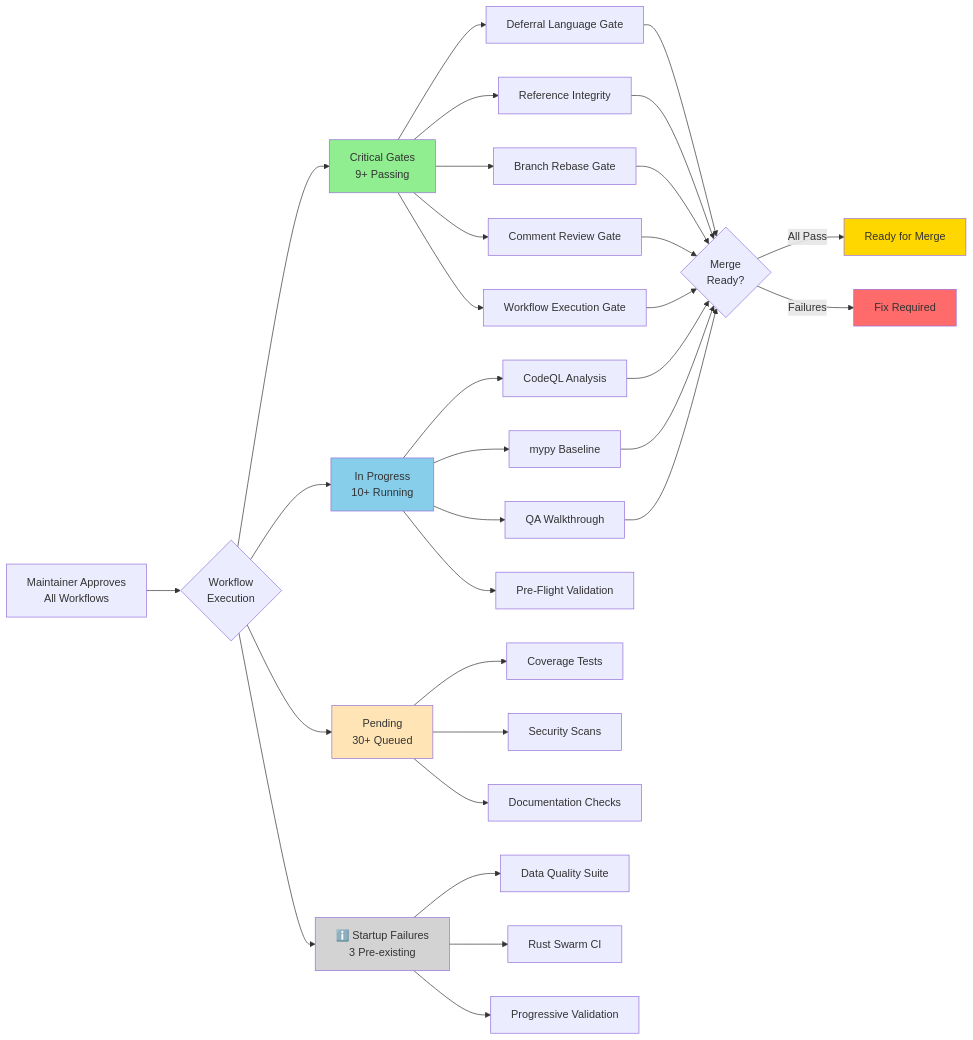
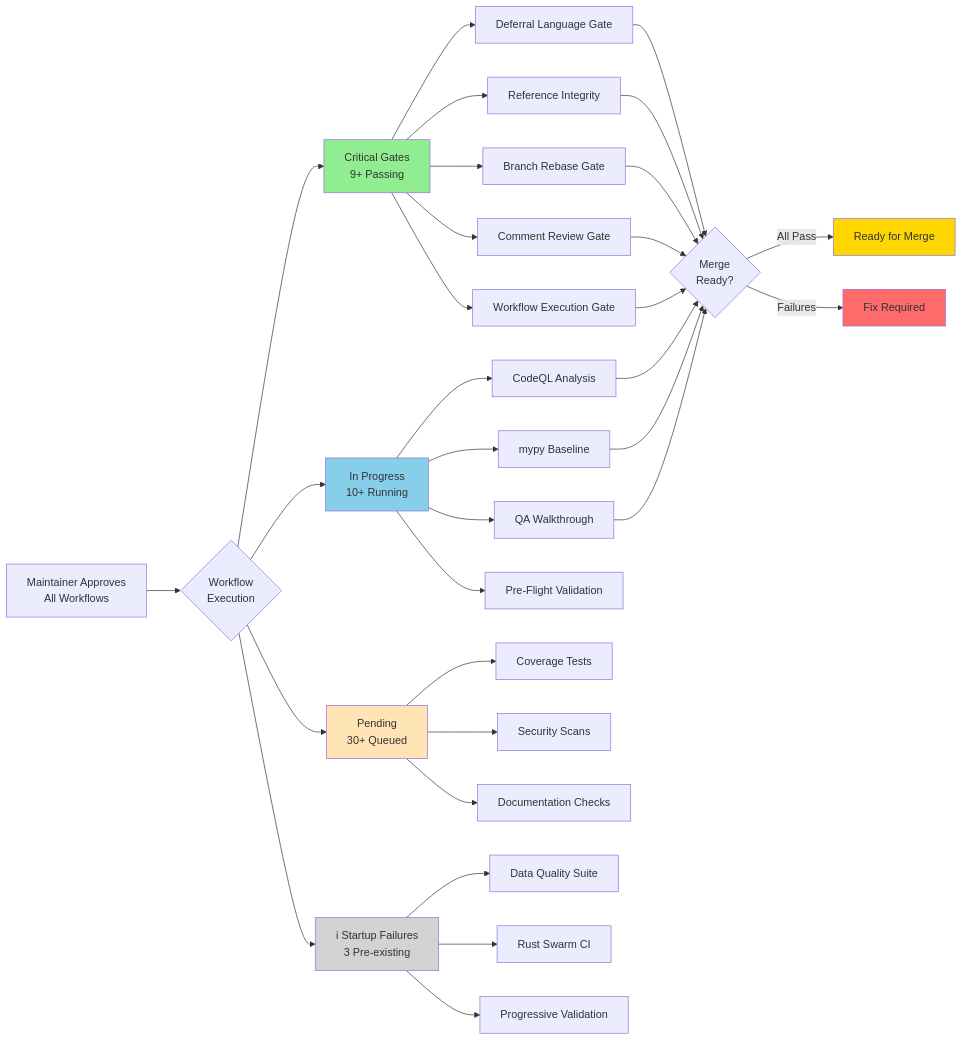
The third of 5 diagrams in docs/sessions/PR4366_session_diagram.md (Aries-Serpent/_codex_), drawn with Mermaid before and after one commit. The commit also changed other lines of this file and 4117 other files, not shown here.

````diff
--- a/docs/sessions/PR4366_session_diagram.md
+++ b/docs/sessions/PR4366_session_diagram.md
@@ -126,49 +149,72 @@
 ```mermaid
-%%{init: {'accessibility': {'title': 'Flowchart showing Maintainer Approves<br/>All Workflows,  Critical Gates<br/>9+ Passing'}}%%
+%%{init: {'accessibility': {'title': 'Flowchart showing Maintainer Approves<br/>All Workflows, Critical Gates<br/>9+ Passing'}}%%
+
 graph LR
-    A[Maintainer Approves<br/>All Workflows] --> B{Workflow<br/>Execution}
 
-    B --> C[ Critical Gates<br/>9+ Passing]
-    B --> D[ In Progress<br/>10+ Running]
-    B --> E[ Pending<br/>30+ Queued]
-    B --> F[ℹ️ Startup Failures<br/>3 Pre-existing]
+ A[Maintainer Approves<br/>All Workflows] --> B{Workflow<br/>Execution}
 
-    C --> G[Deferral Language Gate]
-    C --> H[Reference Integrity]
-    C --> I[Branch Rebase Gate]
-    C --> J[Comment Review Gate]
-    C --> K[Workflow Execution Gate]
+ B --> C[ Critical Gates<br/>9+ Passing]
 
-    D --> L[CodeQL Analysis]
-    D --> M[mypy Baseline]
-    D --> N[QA Walkthrough]
-    D --> O[Pre-Flight Validation]
+ B --> D[ In Progress<br/>10+ Running]
 
-    E --> P[Coverage Tests]
-    E --> Q[Security Scans]
-    E --> R[Documentation Checks]
+ B --> E[ Pending<br/>30+ Queued]
 
-    F --> S[Data Quality Suite]
-    F --> T[Rust Swarm CI]
-    F --> U[Progressive Validation]
+ B --> F[ℹ Startup Failures<br/>3 Pre-existing]
 
-    G --> V{Merge<br/>Ready?}
-    H --> V
-    I --> V
-    J --> V
-    K --> V
+ C --> G[Deferral Language Gate]
 
-    L --> V
-    M --> V
-    N --> V
+ C --> H[Reference Integrity]
 
-    V -->|All Pass| W[ Ready for Merge]
-    V -->|Failures| X[ Fix Required]
+ C --> I[Branch Rebase Gate]
 
-    style C fill:#90EE90
-    style D fill:#87CEEB
-    style E fill:#FFE4B5
-    style F fill:#D3D3D3
-    style W fill:#FFD700
-    style X fill:#FF6B6B
+ C --> J[Comment Review Gate]
+
+ C --> K[Workflow Execution Gate]
+
+ D --> L[CodeQL Analysis]
+
+ D --> M[mypy Baseline]
+
+ D --> N[QA Walkthrough]
+
+ D --> O[Pre-Flight Validation]
+
+ E --> P[Coverage Tests]
+
+ E --> Q[Security Scans]
+
+ E --> R[Documentation Checks]
+
+ F --> S[Data Quality Suite]
+
+ F --> T[Rust Swarm CI]
+
+ F --> U[Progressive Validation]
+
+ G --> V{Merge<br/>Ready?}
+
+ H --> V
+
+ I --> V
+
+ J --> V
+
+ K --> V
+
+ L --> V
+
+ M --> V
+
+ N --> V
+
+ V -->|All Pass| W[ Ready for Merge]
+
+ V -->|Failures| X[ Fix Required]
+
+ style C fill:#90EE90
+ style D fill:#87CEEB
+ style E fill:#FFE4B5
+ style F fill:#D3D3D3
+ style W fill:#FFD700
+ style X fill:#FF6B6B
 ```
````
